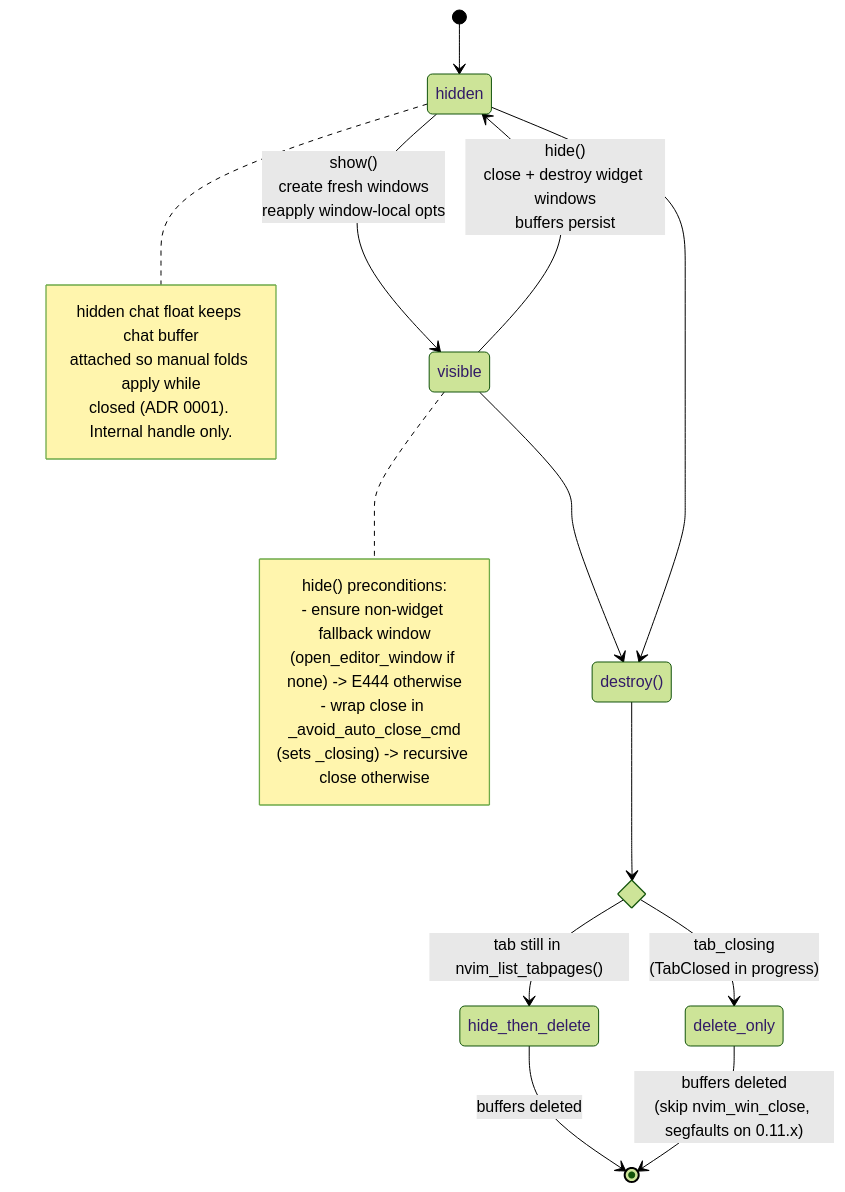
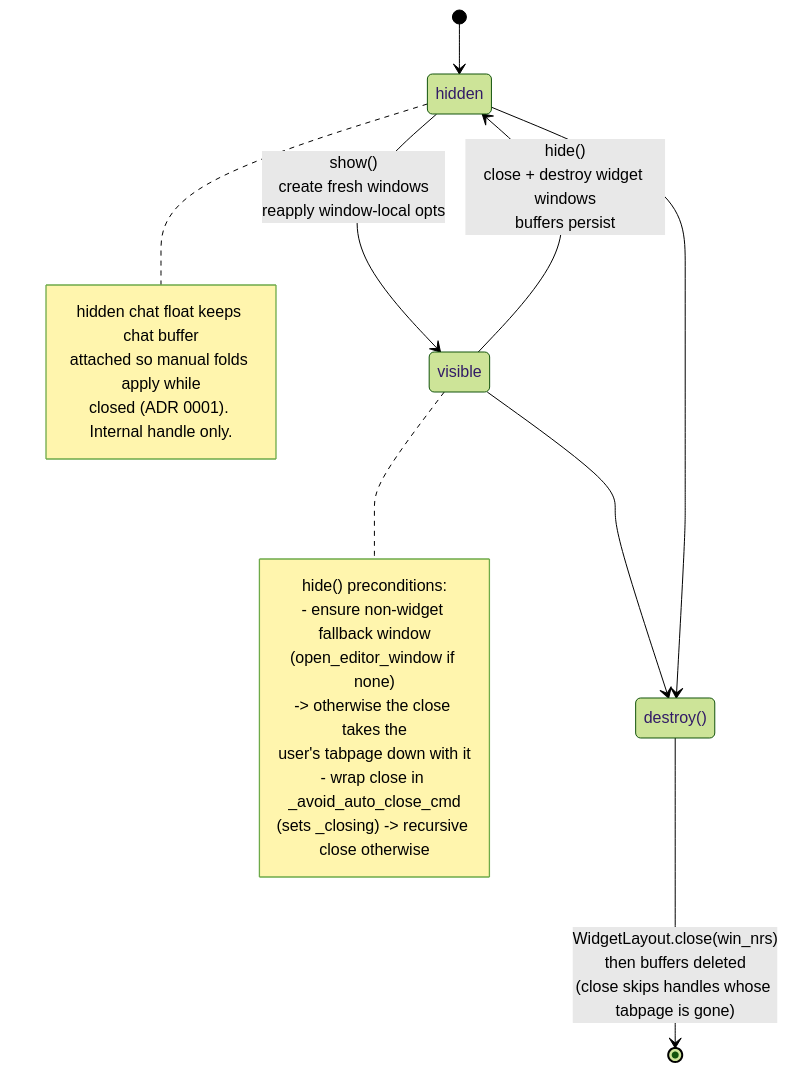
One commit to carlos-algms/agentic.nvim changed the diagram in lua/agentic/ui/AGENTS.md. Above: the diagram before and after it, drawn with Mermaid (forest theme). The commit also changed other lines of this file and 4 other files, not shown here.

Commit message:
Document destroy window close and cover the registry exclusion axis

````diff
--- a/lua/agentic/ui/AGENTS.md
+++ b/lua/agentic/ui/AGENTS.md
@@ -42,31 +42,27 @@
 ```mermaid
 stateDiagram-v2
     [*] --> hidden
     hidden --> visible: show()<br/>create fresh windows<br/>reapply window-local opts
     visible --> hidden: hide()<br/>close + destroy widget windows<br/>buffers persist
 
     state "destroy()" as destroy
     visible --> destroy
     hidden --> destroy
 
-    state tab_check <<choice>>
-    destroy --> tab_check
-    tab_check --> hide_then_delete: tab still in nvim_list_tabpages()
-    tab_check --> delete_only: tab_closing<br/>(TabClosed in progress)
-
-    hide_then_delete --> [*]: buffers deleted
-    delete_only --> [*]: buffers deleted<br/>(skip nvim_win_close, segfaults on 0.11.x)
+    destroy --> [*]: WidgetLayout.close(win_nrs)<br/>then buffers deleted<br/>(close skips handles whose tabpage is gone)
 
     note right of visible
         hide() preconditions:
         - ensure non-widget fallback window
-          (open_editor_window if none) -> E444 otherwise
+          (open_editor_window if none)
+          -> otherwise the close takes the
+             user's tabpage down with it
         - wrap close in _avoid_auto_close_cmd
           (sets _closing) -> recursive close otherwise
     end note
     note right of hidden
         hidden chat float keeps chat buffer
         attached so manual folds apply while
         closed (ADR 0001). Internal handle only.
     end note
 ```
````
